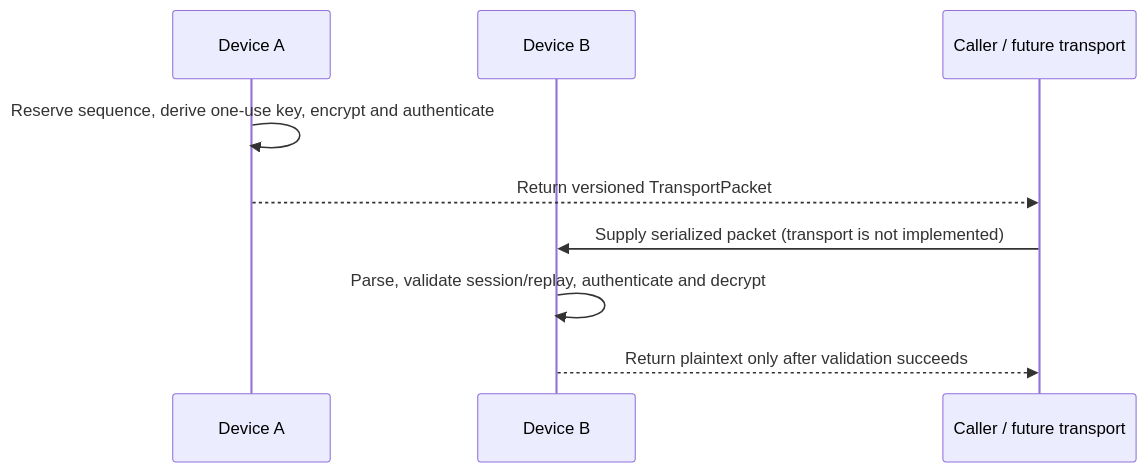
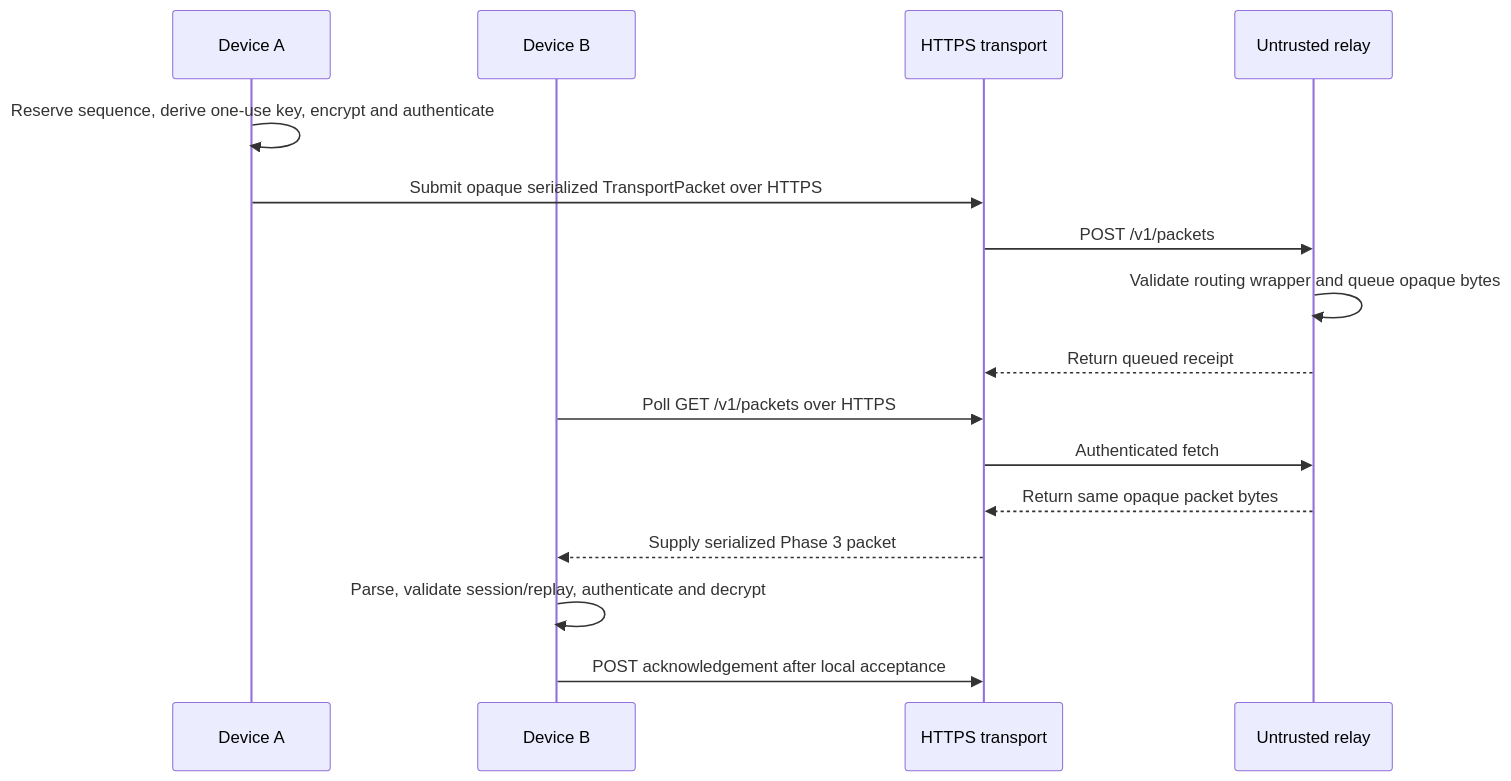
Before and after one commit to Ganesh5927/echat: the second of 3 diagrams in docs/protocol/message-flow.md, drawn with Mermaid. The commit also changed other lines of this file and 19 other files, not shown here.

Commit message:
Phase 4: untrusted relay and transport foundation

````diff
--- a/docs/protocol/message-flow.md
+++ b/docs/protocol/message-flow.md
@@ -36,12 +37,19 @@
 ```mermaid
 sequenceDiagram
     participant A as Device A
     participant B as Device B
-    participant C as Caller / future transport
+    participant T as HTTPS transport
+    participant R as Untrusted relay
 
     A->>A: Reserve sequence, derive one-use key, encrypt and authenticate
-    A-->>C: Return versioned TransportPacket
-    C->>B: Supply serialized packet (transport is not implemented)
+    A->>T: Submit opaque serialized TransportPacket over HTTPS
+    T->>R: POST /v1/packets
+    R->>R: Validate routing wrapper and queue opaque bytes
+    R-->>T: Return queued receipt
+    B->>T: Poll GET /v1/packets over HTTPS
+    T->>R: Authenticated fetch
+    R-->>T: Return same opaque packet bytes
+    T-->>B: Supply serialized Phase 3 packet
     B->>B: Parse, validate session/replay, authenticate and decrypt
-    B-->>C: Return plaintext only after validation succeeds
+    B->>T: POST acknowledgement after local acceptance
 ```
````
